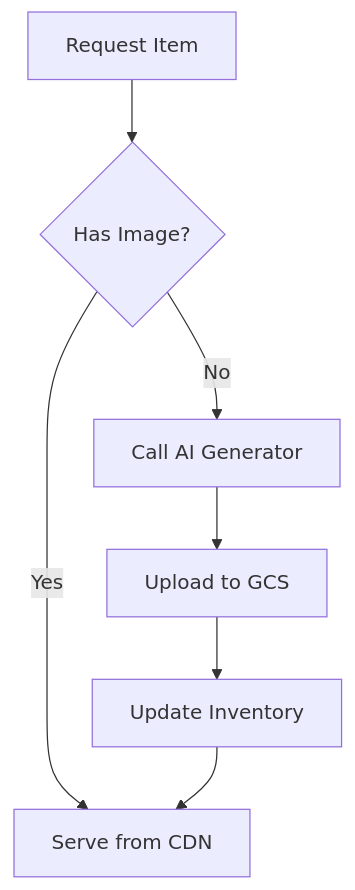
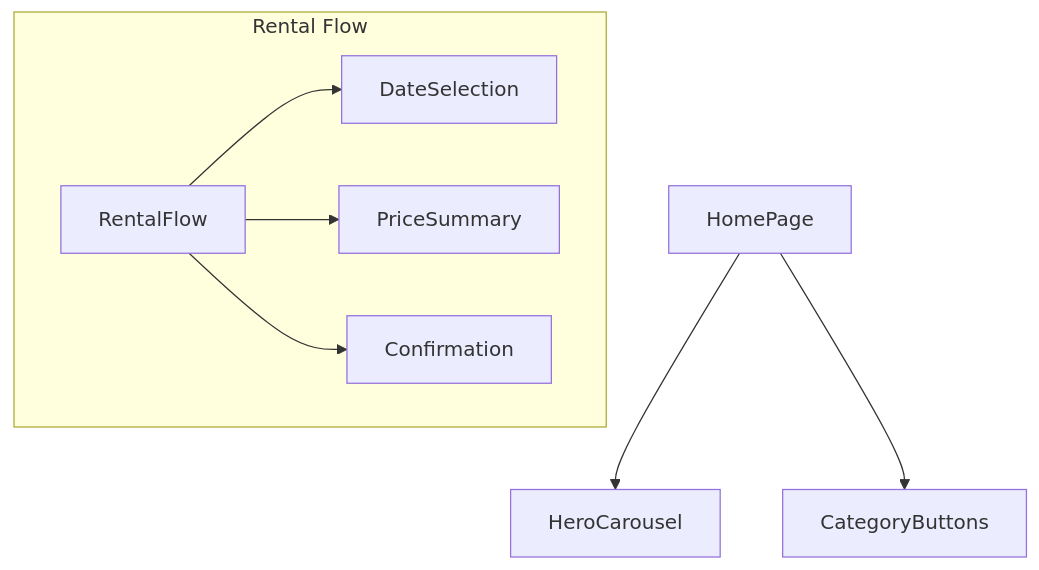
One commit to ykro/ai-native-dev changed the third of 4 diagrams in week3/slides/slides.md. Above: the diagram before and after it, drawn with Mermaid. The commit also changed other lines of this file and 2 other files, not shown here.

Commit message:
Refactor Week 3 Slides: Enhanced depth, diagrams and structure

````diff
--- a/week3/slides/slides.md
+++ b/week3/slides/slides.md
@@ -197,9 +362,11 @@
 ```mermaid
 graph TD
-    A[Request Item] --> B{Has Image?}
-    B -->|Yes| C[Serve from CDN]
-    B -->|No| D[Call AI Generator]
-    D --> E[Upload to GCS]
-    E --> F[Update Inventory]
-    F --> C
+    HP[HomePage] --> HC[HeroCarousel]
+    HP --> CB[CategoryButtons]
+    
+    subgraph Rental Flow
+        RF[RentalFlow] --> DS[DateSelection]
+        RF --> PS[PriceSummary]
+        RF --> CF[Confirmation]
+    end
 ```
````
